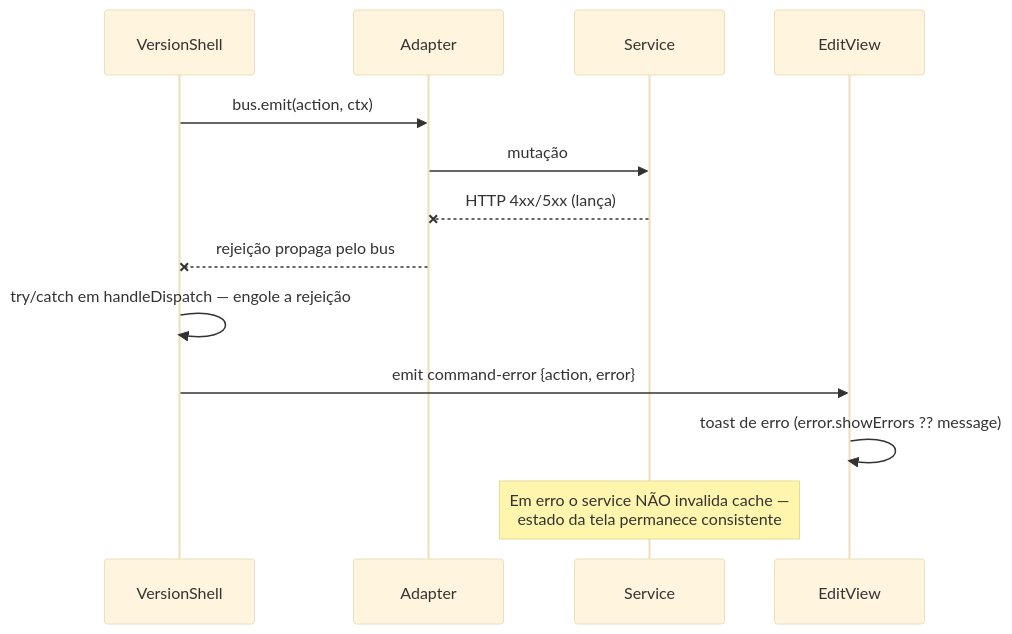
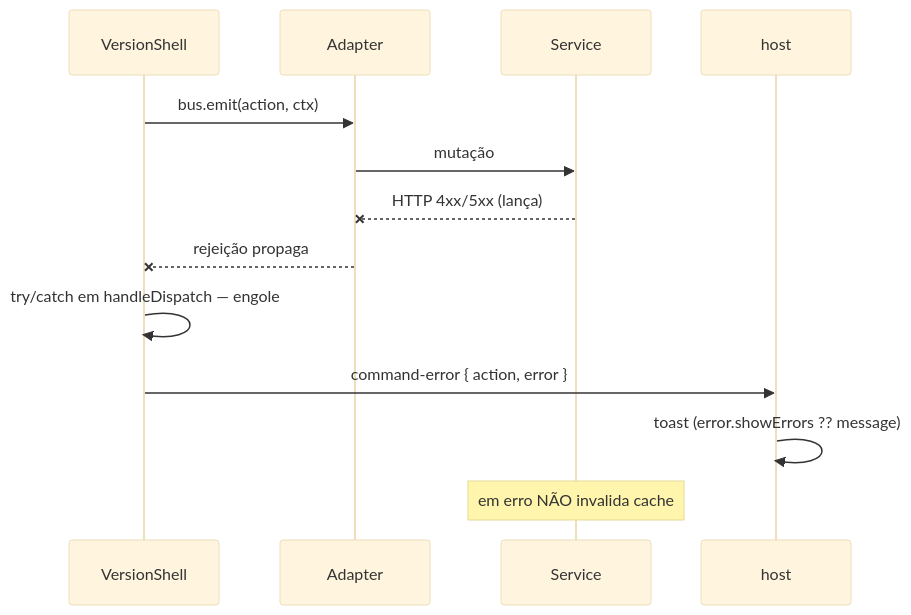
Before and after one commit to aziontech/azion-console-kit: the tenth of 10 diagrams in docs/VERSION-SHELL.md, drawn with Mermaid (base theme). The commit also changed other lines of this file and 68 other files, not shown here.

````diff
--- a/docs/VERSION-SHELL.md
+++ b/docs/VERSION-SHELL.md
@@ -390,16 +1238,15 @@
 ```mermaid
 sequenceDiagram
   participant SH as VersionShell
   participant AD as Adapter
   participant SV as Service
-  participant EV as EditView
-
+  participant H as host
   SH->>AD: bus.emit(action, ctx)
   AD->>SV: mutação
   SV--xAD: HTTP 4xx/5xx (lança)
-  AD--xSH: rejeição propaga pelo bus
-  SH->>SH: try/catch em handleDispatch — engole a rejeição
-  SH->>EV: emit command-error {action, error}
-  EV->>EV: toast de erro (error.showErrors ?? message)
-  Note over SV: Em erro o service NÃO invalida cache —<br/>estado da tela permanece consistente
+  AD--xSH: rejeição propaga
+  SH->>SH: try/catch em handleDispatch — engole
+  SH->>H: command-error { action, error }
+  H->>H: toast (error.showErrors ?? message)
+  Note over SV: em erro NÃO invalida cache
 ```
````
